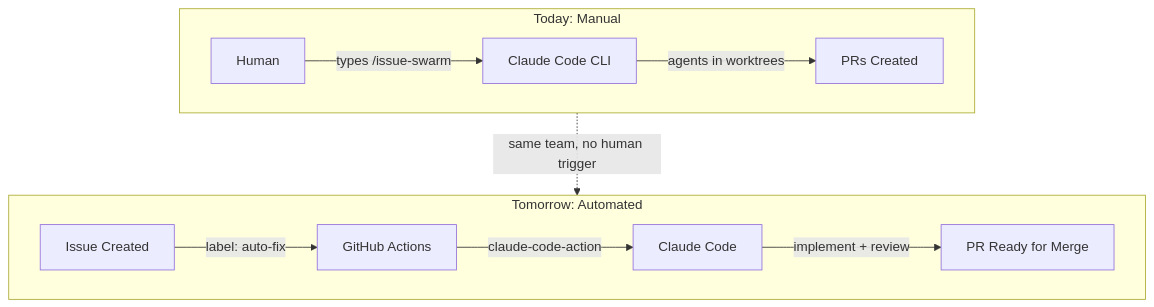
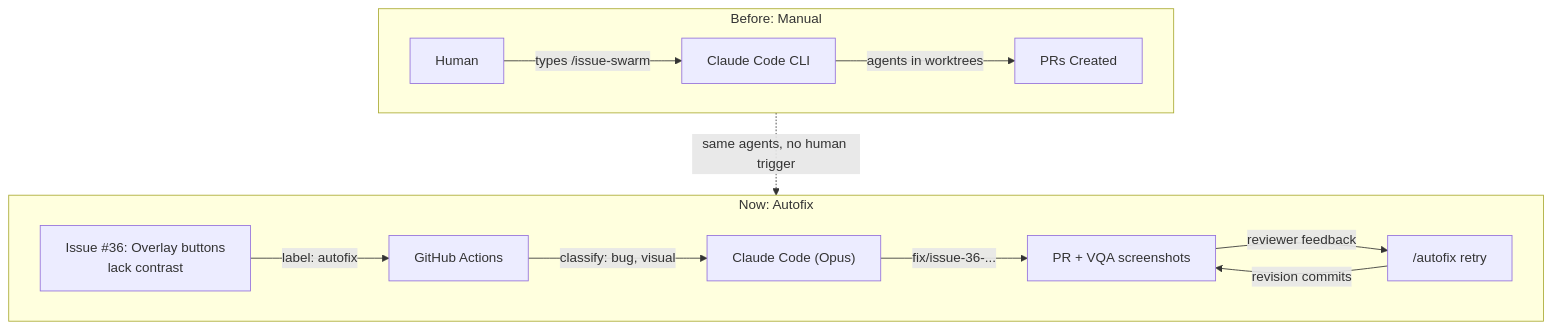
The ninth of 9 diagrams in presentations/agentic-development/slides.md (dulvac/dekk), drawn with Mermaid before and after one commit. The commit also changed other lines of this file, not shown here.

First line of the commit message:
docs: update agentic-development slides with real autofix example

````diff
--- a/presentations/agentic-development/slides.md
+++ b/presentations/agentic-development/slides.md
@@ -520,15 +460,17 @@
 ```mermaid
 flowchart TD
-    subgraph Today["Today: Manual"]
+    subgraph Manual["Before: Manual"]
         U1[Human] -->|"types /issue-swarm"| C1[Claude Code CLI]
         C1 -->|"agents in worktrees"| P1[PRs Created]
     end
 
-    subgraph Tomorrow["Tomorrow: Automated"]
-        I2[Issue Created] -->|"label: auto-fix"| G2[GitHub Actions]
-        G2 -->|"claude-code-action"| C2[Claude Code]
-        C2 -->|"implement + review"| P2[PR Ready for Merge]
+    subgraph Auto["Now: Autofix"]
+        I2["Issue #36: Overlay buttons\nlack contrast"] -->|"label: autofix"| GH[GitHub Actions]
+        GH -->|"classify: bug, visual"| CC["Claude Code (Opus)"]
+        CC -->|"fix/issue-36-..."| PR["PR + VQA screenshots"]
+        PR -->|"reviewer feedback"| RV["/autofix retry"]
+        RV -->|"revision commits"| PR
     end
 
-    Today -.->|"same team, no human trigger"| Tomorrow
+    Manual -.->|"same agents, no human trigger"| Auto
 ```
````
